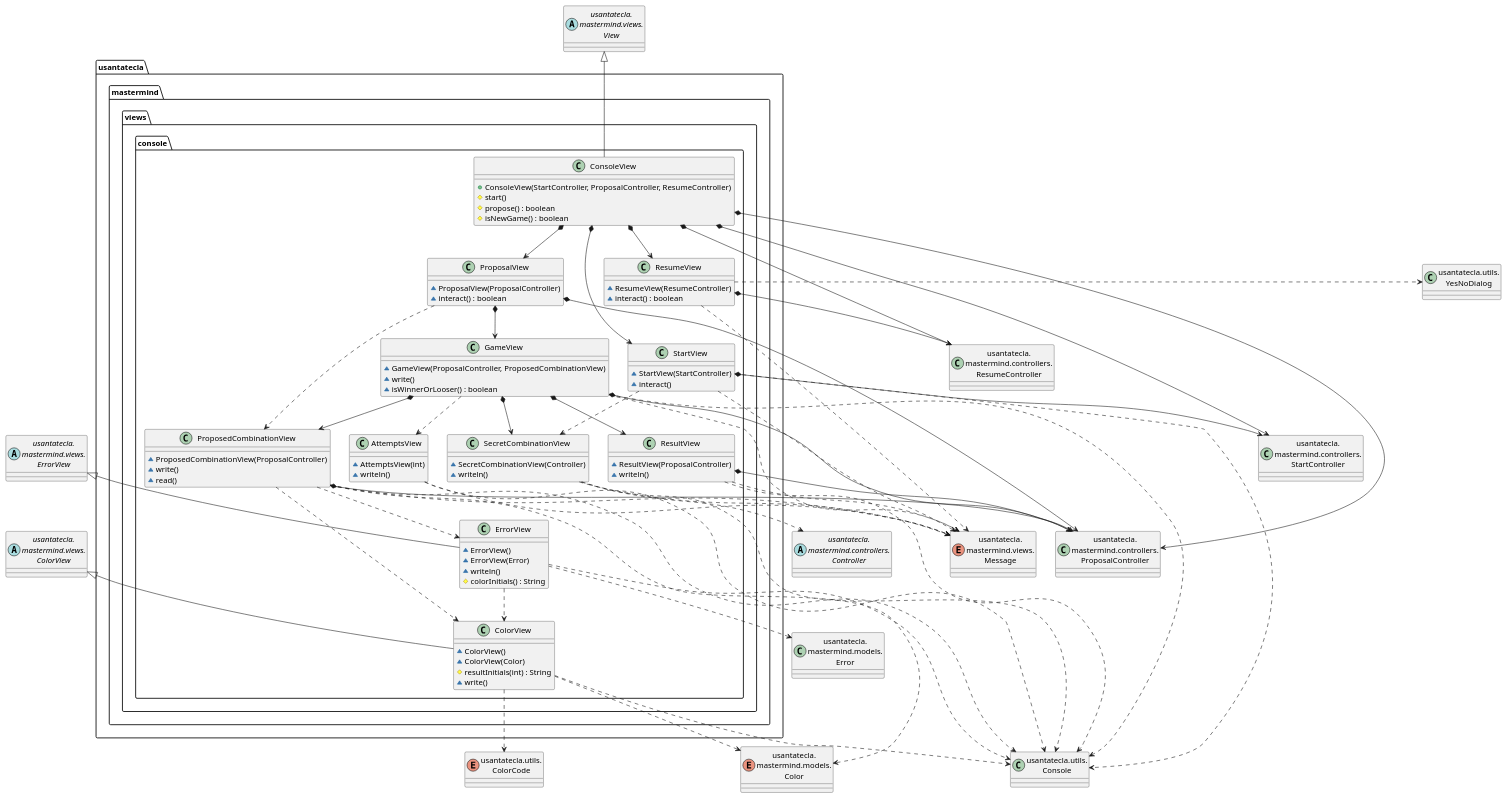
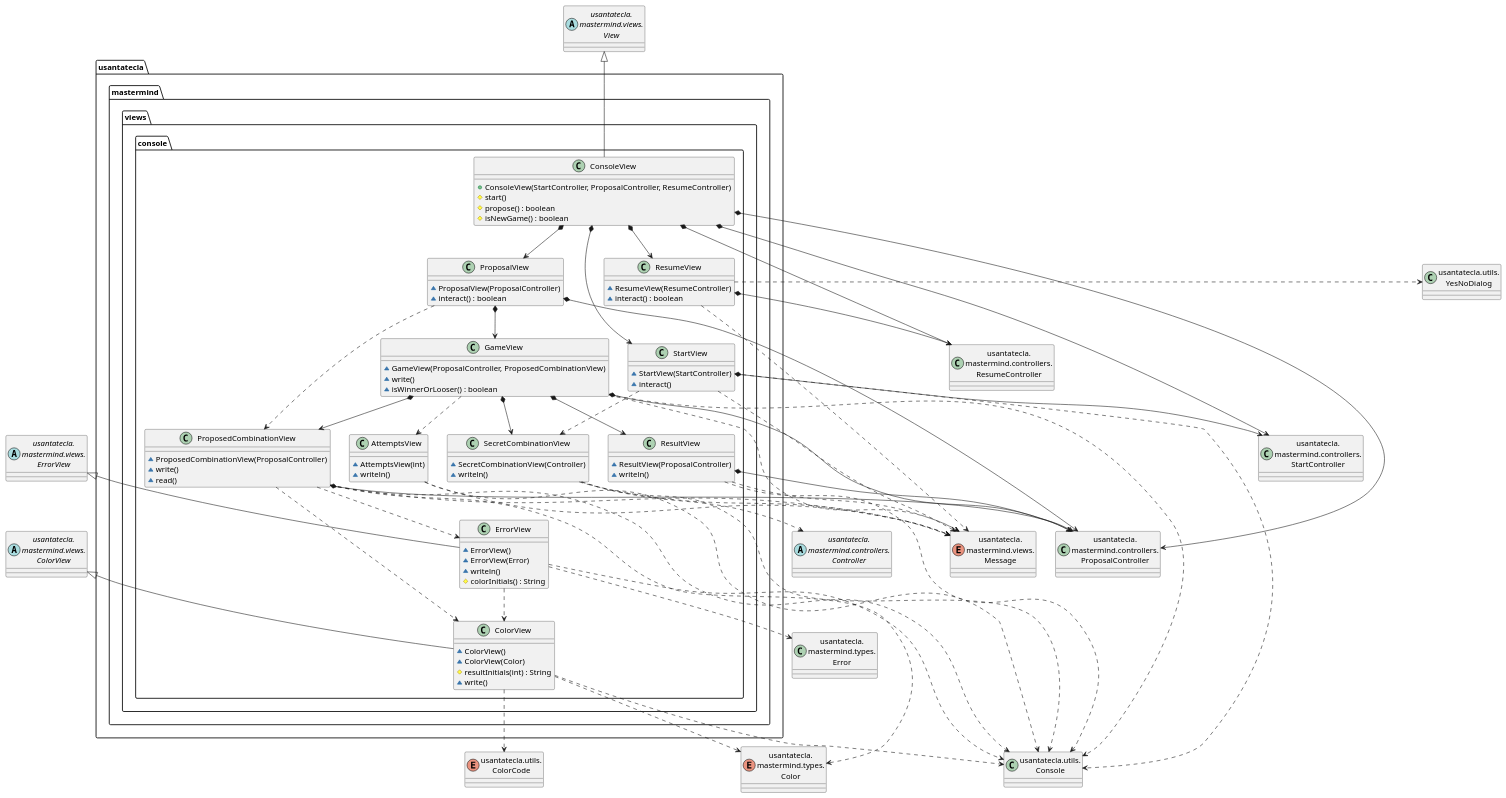
One commit to SantaTecla-mastermind/solution.java.swing.socket.sql changed the third of 6 diagrams in modelViewPresenter/presentationModel/basic/docs/diagrams/src/paquetes.plantuml. Above: the diagram before and after it, drawn with PlantUML. The commit also changed other lines of this file and 4 other files, not shown here.

Commit message:
[mvp.pm.basic] Refactor diagrams

```diff
--- a/modelViewPresenter/presentationModel/basic/docs/diagrams/src/paquetes.plantuml
+++ b/modelViewPresenter/presentationModel/basic/docs/diagrams/src/paquetes.plantuml
@@ -91,128 +89,128 @@
 @startuml usantatecla.mastermind.views.console
 
-class Error as "usantatecla.\nmastermind.models.\nError"
-enum Color as "usantatecla.\nmastermind.models.\nColor"
+class Error as "usantatecla.\nmastermind.types.\nError"
+enum Color as "usantatecla.\nmastermind.types.\nColor"
 abstract class View as "usantatecla.\nmastermind.views.\nView"
 abstract class ColorView as "usantatecla.\nmastermind.views.\nColorView"
 abstract class ErrorView as "usantatecla.\nmastermind.views.\nErrorView"
 enum Message as "usantatecla.\nmastermind.views.\nMessage"
 class Console as "usantatecla.utils.\nConsole"
 class YesNoDialog as "usantatecla.utils.\nYesNoDialog"
 enum ColorCode as "usantatecla.utils.\nColorCode"
 class StartController as "usantatecla.\nmastermind.controllers.\nStartController"
 class ProposalController as "usantatecla.\nmastermind.controllers.\nProposalController"
 class ResumeController as "usantatecla.\nmastermind.controllers.\nResumeController"
 abstract class Controller as "usantatecla.\nmastermind.controllers.\nController"
 
 class usantatecla.mastermind.views.console.ConsoleView {
     + ConsoleView(StartController, ProposalController, ResumeController)
     # start()
     # propose() : boolean
     # isNewGame() : boolean
 }
 usantatecla.mastermind.views.console.ConsoleView -up-|> View
 usantatecla.mastermind.views.console.ConsoleView *-down-> usantatecla.mastermind.views.console.StartView
 usantatecla.mastermind.views.console.ConsoleView *-down-> usantatecla.mastermind.views.console.ProposalView
 usantatecla.mastermind.views.console.ConsoleView *-down-> usantatecla.mastermind.views.console.ResumeView
 usantatecla.mastermind.views.console.ConsoleView *-down-> StartController
 usantatecla.mastermind.views.console.ConsoleView *-down-> ProposalController
 usantatecla.mastermind.views.console.ConsoleView *-down-> ResumeController
 
 class usantatecla.mastermind.views.console.ResumeView {
     ~ ResumeView(ResumeController)
     ~ interact() : boolean
 }
 usantatecla.mastermind.views.console.ResumeView *-down-> ResumeController
 usantatecla.mastermind.views.console.ResumeView ..> Message
 usantatecla.mastermind.views.console.ResumeView .> YesNoDialog
 
 class usantatecla.mastermind.views.console.StartView {
     ~ StartView(StartController)
     ~ interact()
 }
 usantatecla.mastermind.views.console.StartView *-down-> StartController
 usantatecla.mastermind.views.console.StartView ..> Console
 usantatecla.mastermind.views.console.StartView ..> Message
 usantatecla.mastermind.views.console.StartView ..> usantatecla.mastermind.views.console.SecretCombinationView
 
 class usantatecla.mastermind.views.console.GameView {
     ~ GameView(ProposalController, ProposedCombinationView)
     ~ write()
     ~ isWinnerOrLooser() : boolean
 }
 usantatecla.mastermind.views.console.GameView *-down-> ProposalController
 usantatecla.mastermind.views.console.GameView *-down-> usantatecla.mastermind.views.console.SecretCombinationView
 usantatecla.mastermind.views.console.GameView ..> usantatecla.mastermind.views.console.AttemptsView
 usantatecla.mastermind.views.console.GameView *-down-> usantatecla.mastermind.views.console.ResultView
 usantatecla.mastermind.views.console.GameView *-down-> usantatecla.mastermind.views.console.ProposedCombinationView
 usantatecla.mastermind.views.console.GameView ..> Message
 usantatecla.mastermind.views.console.GameView ..> Console
 
 class usantatecla.mastermind.views.console.ProposalView {
     ~ ProposalView(ProposalController)
     ~ interact() : boolean
 
 }
 usantatecla.mastermind.views.console.ProposalView *-down-> ProposalController
 usantatecla.mastermind.views.console.ProposalView *-down-> usantatecla.mastermind.views.console.GameView
 usantatecla.mastermind.views.console.ProposalView ..> usantatecla.mastermind.views.console.ProposedCombinationView
 
 
 class usantatecla.mastermind.views.console.ProposedCombinationView {
     ~ ProposedCombinationView(ProposalController)
     ~ write()
     ~ read()
 }
 usantatecla.mastermind.views.console.ProposedCombinationView *-down-> ProposalController
 usantatecla.mastermind.views.console.ProposedCombinationView ..> usantatecla.mastermind.views.console.ErrorView
 usantatecla.mastermind.views.console.ProposedCombinationView ..> usantatecla.mastermind.views.console.ColorView
 usantatecla.mastermind.views.console.ProposedCombinationView ..> Color
 usantatecla.mastermind.views.console.ProposedCombinationView ..> Message
 usantatecla.mastermind.views.console.ProposedCombinationView ..> Console
 
 class usantatecla.mastermind.views.console.SecretCombinationView {
     ~ SecretCombinationView(Controller)
     ~ writeln()
 }
 usantatecla.mastermind.views.console.SecretCombinationView ..> Controller
 usantatecla.mastermind.views.console.SecretCombinationView ..> Message
 usantatecla.mastermind.views.console.SecretCombinationView ..> Console
 
 class usantatecla.mastermind.views.console.ResultView {
     ~ ResultView(ProposalController)
     ~ writeln()
 }
 usantatecla.mastermind.views.console.ResultView *-down-> ProposalController
 usantatecla.mastermind.views.console.ResultView ..> Message
 usantatecla.mastermind.views.console.ResultView ..> Console
 
 class usantatecla.mastermind.views.console.AttemptsView {
     ~ AttemptsView(int)
     ~ writeln()
 }
 usantatecla.mastermind.views.console.AttemptsView ..> Console
 usantatecla.mastermind.views.console.AttemptsView ..> Message
 
 class usantatecla.mastermind.views.console.ColorView {
     ~ ColorView()
     ~ ColorView(Color)
     # resultInitials(int) : String
     ~ write()
 }
 usantatecla.mastermind.views.console.ColorView -up-|> ColorView
 usantatecla.mastermind.views.console.ColorView ..> ColorCode
 usantatecla.mastermind.views.console.ColorView ..> Console
 usantatecla.mastermind.views.console.ColorView ..> Color
 
 class usantatecla.mastermind.views.console.ErrorView {
     ~ ErrorView()
     ~ ErrorView(Error)
     ~ writeln()
     # colorInitials() : String
 }
 usantatecla.mastermind.views.console.ErrorView -up-|> ErrorView
 usantatecla.mastermind.views.console.ErrorView ..> Error
 usantatecla.mastermind.views.console.ErrorView ..> Console
 usantatecla.mastermind.views.console.ErrorView ..> usantatecla.mastermind.views.console.ColorView
 
 @enduml
```
